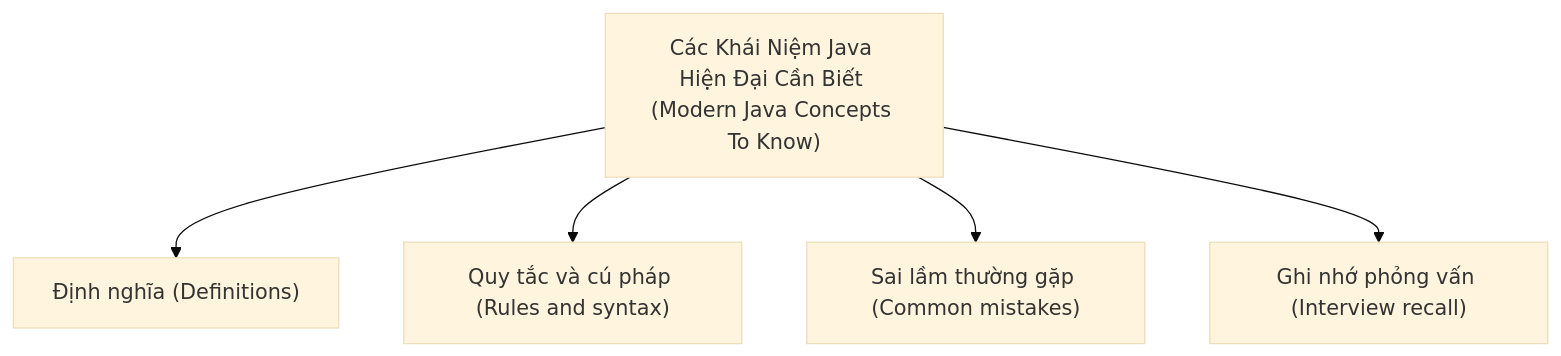
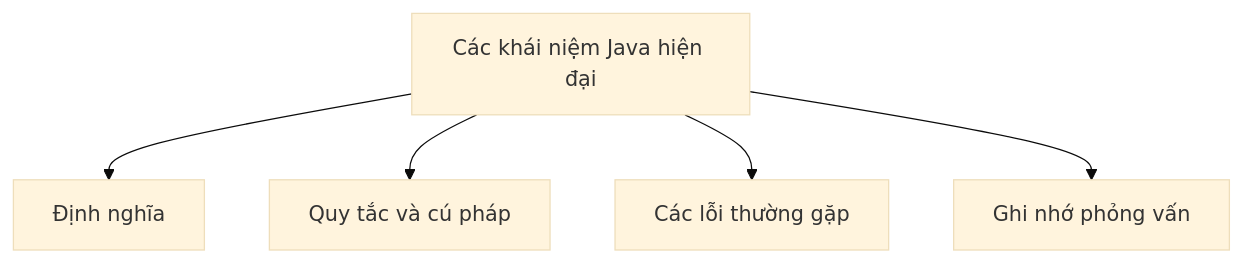
Before and after one commit to PhuThien2005/theoretical-of-java-core: the diagram in vi/40-modern-java-concepts/README.md, drawn with Mermaid (base theme). The commit also changed other lines of this file and 229 other files, not shown here.

````diff
--- a/vi/40-modern-java-concepts/README.md
+++ b/vi/40-modern-java-concepts/README.md
@@ -49,7 +49,7 @@
 ```mermaid
 flowchart TD
-    A["Các Khái Niệm Java Hiện Đại Cần Biết (Modern Java Concepts To Know)"] --> B["Định nghĩa (Definitions)"]
-    A --> C["Quy tắc và cú pháp (Rules and syntax)"]
-    A --> D["Sai lầm thường gặp (Common mistakes)"]
-    A --> E["Ghi nhớ phỏng vấn (Interview recall)"]
+    A[Các khái niệm Java hiện đại] --> B[Định nghĩa]
+    A --> C[Quy tắc và cú pháp]
+    A --> D[Các lỗi thường gặp]
+    A --> E[Ghi nhớ phỏng vấn]
 ```
````
